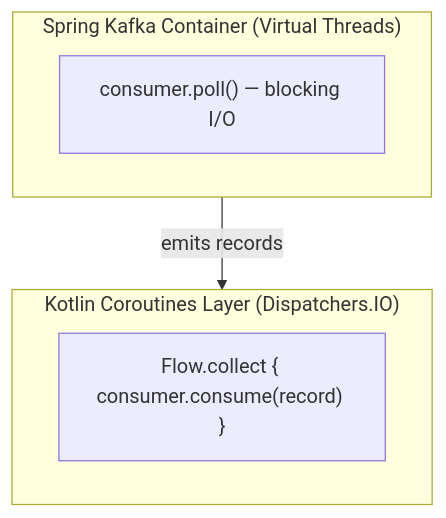
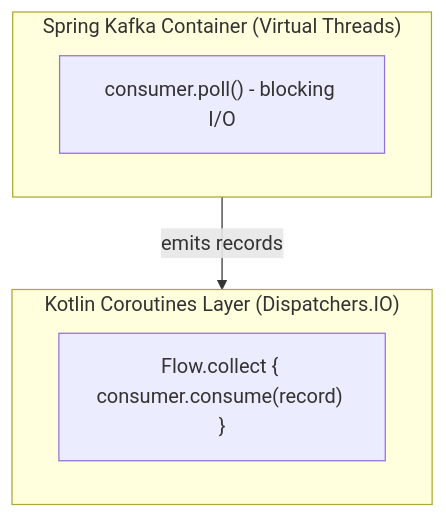
Before and after one commit to osoykan/kafka-kit: the second of 2 diagrams in README.md, drawn with Mermaid. The commit also changed other lines of this file, not shown here.

````diff
--- a/README.md
+++ b/README.md
@@ -248,12 +248,12 @@
 ```mermaid
 flowchart TB
     subgraph coroutines["Kotlin Coroutines Layer (Dispatchers.IO)"]
         flow["Flow.collect { consumer.consume(record) }"]
     end
     
     subgraph spring["Spring Kafka Container (Virtual Threads)"]
-        poll["consumer.poll() — blocking I/O"]
+        poll["consumer.poll() - blocking I/O"]
     end
     
     spring -->|emits records| coroutines
 ```
````
